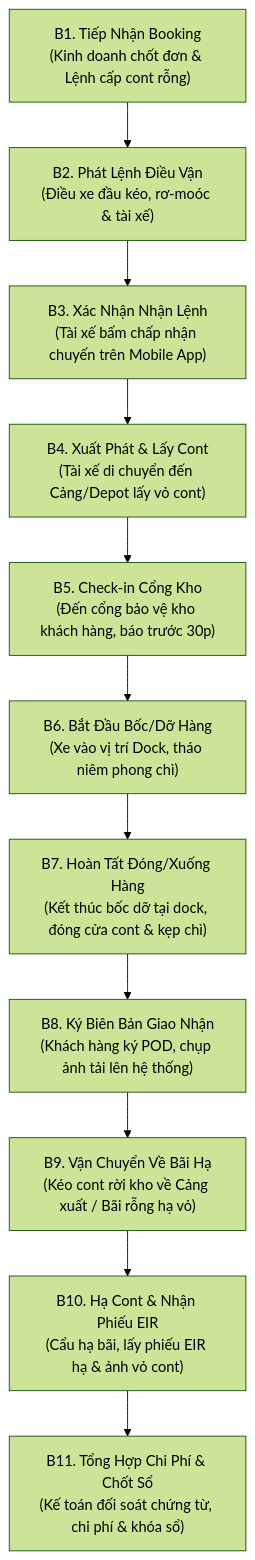
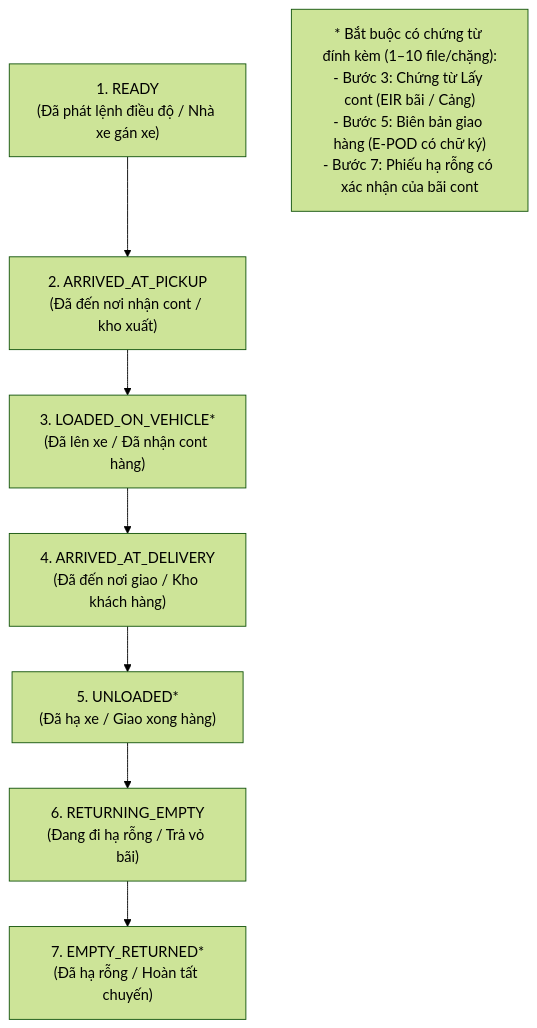
Before and after one commit to hongsonphan/GSS_LOGISTICs: the first of 3 diagrams in docs/02-operational-workflow.md, drawn with Mermaid (forest theme). The commit also changed other lines of this file and 93 other files, not shown here.

First line of the commit message:
feat(booking): cot Hoa don cho, Ghi chu tai xe, tach Han DEM/DET; tin nhan tai xe co ghi chu chung va ghi chu cont

````diff
--- a/docs/02-operational-workflow.md
+++ b/docs/02-operational-workflow.md
@@ -13,16 +15,14 @@
 ```mermaid
 flowchart TD
-    B1["B1. Tiếp Nhận Booking<br/>(Kinh doanh chốt đơn & Lệnh cấp cont rỗng)"]
-    B2["B2. Phát Lệnh Điều Vận<br/>(Điều xe đầu kéo, rơ-moóc & tài xế)"]
-    B3["B3. Xác Nhận Nhận Lệnh<br/>(Tài xế bấm chấp nhận chuyến trên Mobile App)"]
-    B4["B4. Xuất Phát & Lấy Cont<br/>(Tài xế di chuyển đến Cảng/Depot lấy vỏ cont)"]
-    B5["B5. Check-in Cổng Kho<br/>(Đến cổng bảo vệ kho khách hàng, báo trước 30p)"]
-    B6["B6. Bắt Đầu Bốc/Dỡ Hàng<br/>(Xe vào vị trí Dock, tháo niêm phong chì)"]
-    B7["B7. Hoàn Tất Đóng/Xuống Hàng<br/>(Kết thúc bốc dỡ tại dock, đóng cửa cont & kẹp chì)"]
-    B8["B8. Ký Biên Bản Giao Nhận<br/>(Khách hàng ký POD, chụp ảnh tải lên hệ thống)"]
-    B9["B9. Vận Chuyển Về Bãi Hạ<br/>(Kéo cont rời kho về Cảng xuất / Bãi rỗng hạ vỏ)"]
-    B10["B10. Hạ Cont & Nhận Phiếu EIR<br/>(Cẩu hạ bãi, lấy phiếu EIR hạ & ảnh vỏ cont)"]
-    B11["B11. Tổng Hợp Chi Phí & Chốt Sổ<br/>(Kế toán đối soát chứng từ, chi phí & khóa sổ)"]
+    S1["1. READY<br/>(Đã phát lệnh điều độ / Nhà xe gán xe)"]
+    S2["2. ARRIVED_AT_PICKUP<br/>(Đã đến nơi nhận cont / kho xuất)"]
+    S3["3. LOADED_ON_VEHICLE*<br/>(Đã lên xe / Đã nhận cont hàng)"]
+    S4["4. ARRIVED_AT_DELIVERY<br/>(Đã đến nơi giao / Kho khách hàng)"]
+    S5["5. UNLOADED*<br/>(Đã hạ xe / Giao xong hàng)"]
+    S6["6. RETURNING_EMPTY<br/>(Đang đi hạ rỗng / Trả vỏ bãi)"]
+    S7["7. EMPTY_RETURNED*<br/>(Đã hạ rỗng / Hoàn tất chuyến)"]
 
-    B1 --> B2 --> B3 --> B4 --> B5 --> B6 --> B7 --> B8 --> B9 --> B10 --> B11
+    S1 --> S2 --> S3 --> S4 --> S5 --> S6 --> S7
+
+    note["* Bắt buộc có chứng từ đính kèm (1–10 file/chặng):<br/>- Bước 3: Chứng từ Lấy cont (EIR bãi / Cảng)<br/>- Bước 5: Biên bản giao hàng (E-POD có chữ ký)<br/>- Bước 7: Phiếu hạ rỗng có xác nhận của bãi cont"]
 ```
````
